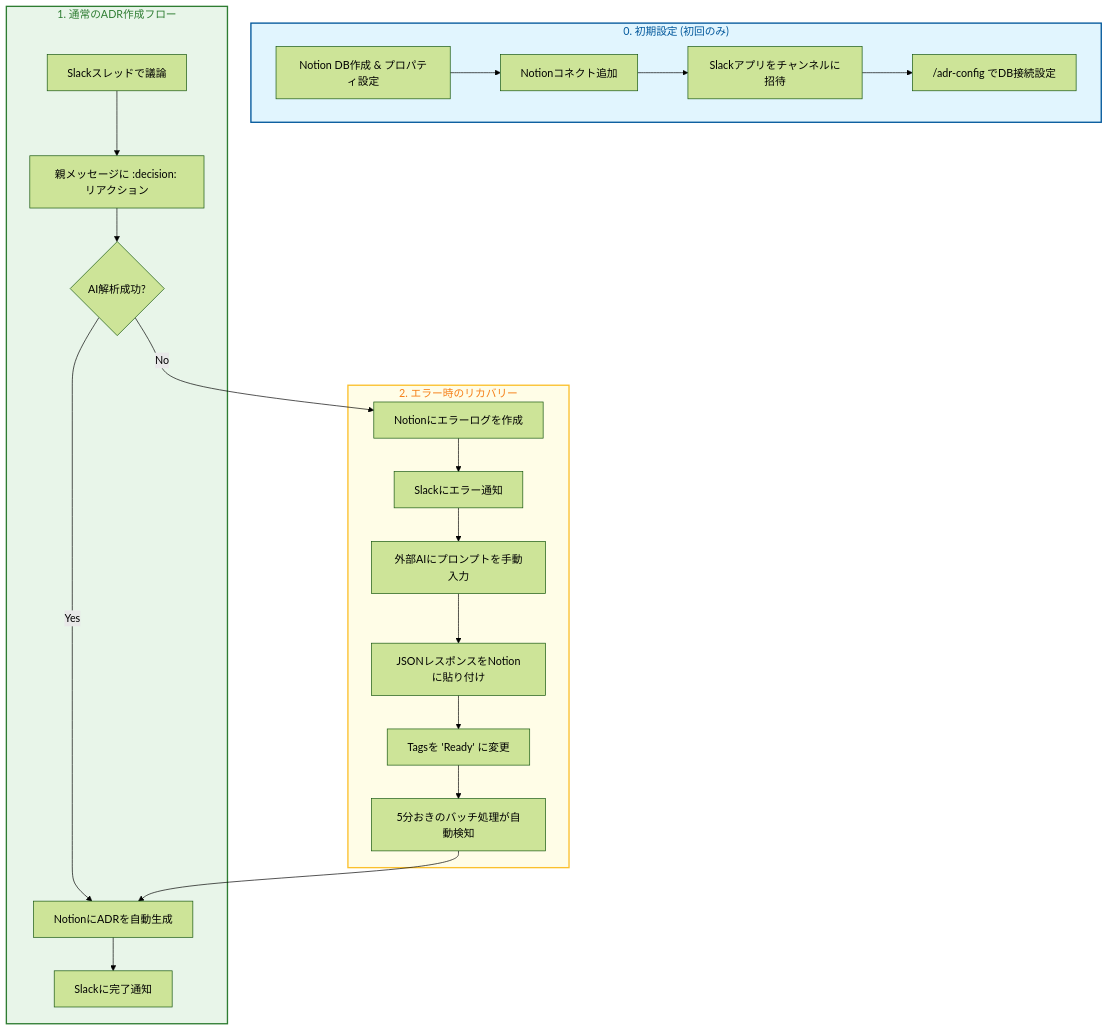
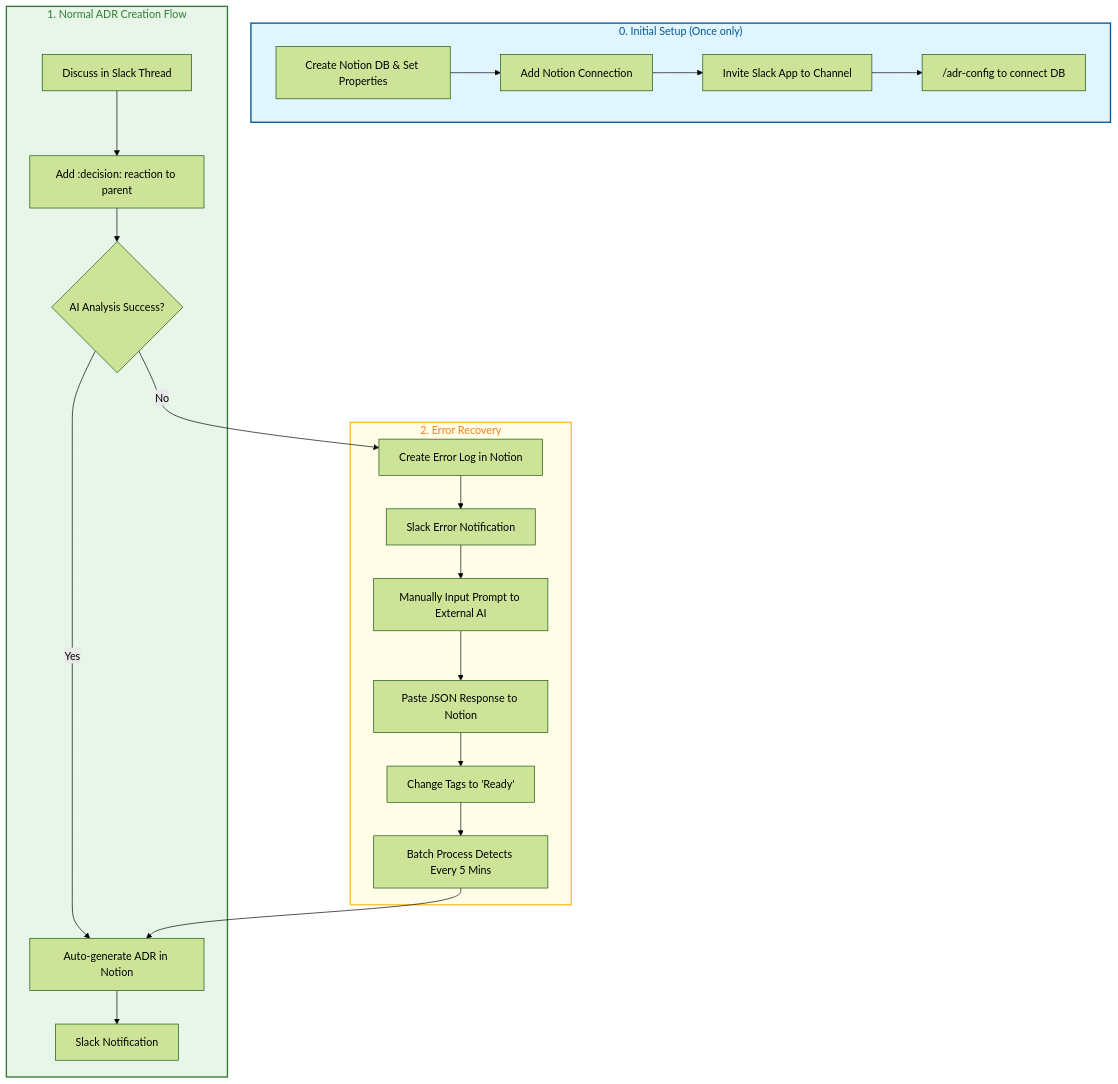
One commit to Syogo-Suganoya/slackADR changed the diagram in README.md. Above: the diagram before and after it, drawn with Mermaid (forest theme). The commit also changed other lines of this file and 3 other files, not shown here.

````diff
--- a/README.md
+++ b/README.md
@@ -16,33 +21,33 @@
 ```mermaid
 graph TD
-    %% 初期設定フェーズ
-    subgraph Setup ["<font color='#01579B'>0. 初期設定 (初回のみ)</font>"]
-        A[Notion DB作成 & プロパティ設定] --> B[Notionコネクト追加]
-        B --> C[Slackアプリをチャンネルに招待]
-        C --> D["/adr-config でDB接続設定"]
+    %% Setup Phase
+    subgraph Setup ["<font color='#01579B'>0. Initial Setup (Once only)</font>"]
+        A[Create Notion DB & Set Properties] --> B[Add Notion Connection]
+        B --> C[Invite Slack App to Channel]
+        C --> D["/adr-config to connect DB"]
     end
 
-    %% 通常運用フェーズ
-    subgraph Usage ["<font color='#2E7D32'>1. 通常のADR作成フロー</font>"]
-        E[Slackスレッドで議論] --> F["親メッセージに :decision: リアクション"]
-        F --> G{AI解析成功?}
-        G -- Yes --> H[NotionにADRを自動生成]
-        H --> I[Slackに完了通知]
+    %% Usage Phase
+    subgraph Usage ["<font color='#2E7D32'>1. Normal ADR Creation Flow</font>"]
+        E[Discuss in Slack Thread] --> F["Add :decision: reaction to parent"]
+        F --> G{AI Analysis Success?}
+        G -- Yes --> H[Auto-generate ADR in Notion]
+        H --> I[Slack Notification]
     end
 
-    %% リカバリーフェーズ
-    subgraph Recovery ["<font color='#F57F17'>2. エラー時のリカバリー</font>"]
-        G -- No --> J[Notionにエラーログを作成]
-        J --> K[Slackにエラー通知]
-        K --> L[外部AIにプロンプトを手動入力]
-        L --> M[JSONレスポンスをNotionに貼り付け]
-        M --> N["Tagsを 'Ready' に変更"]
-        N --> O[5分おきのバッチ処理が自動検知]
+    %% Recovery Phase
+    subgraph Recovery ["<font color='#F57F17'>2. Error Recovery</font>"]
+        G -- No --> J[Create Error Log in Notion]
+        J --> K[Slack Error Notification]
+        K --> L[Manually Input Prompt to External AI]
+        L --> M[Paste JSON Response to Notion]
+        M --> N["Change Tags to 'Ready'"]
+        N --> O[Batch Process Detects Every 5 Mins]
         O --> H
     end
 
-    %% スタイル定義
+    %% Style Definitions
     style Setup fill:#E1F5FE,stroke:#01579B,stroke-width:2px
     style Usage fill:#E8F5E9,stroke:#2E7D32,stroke-width:2px
     style Recovery fill:#FFFDE7,stroke:#FBC02D,stroke-width:2px
 ```
````
